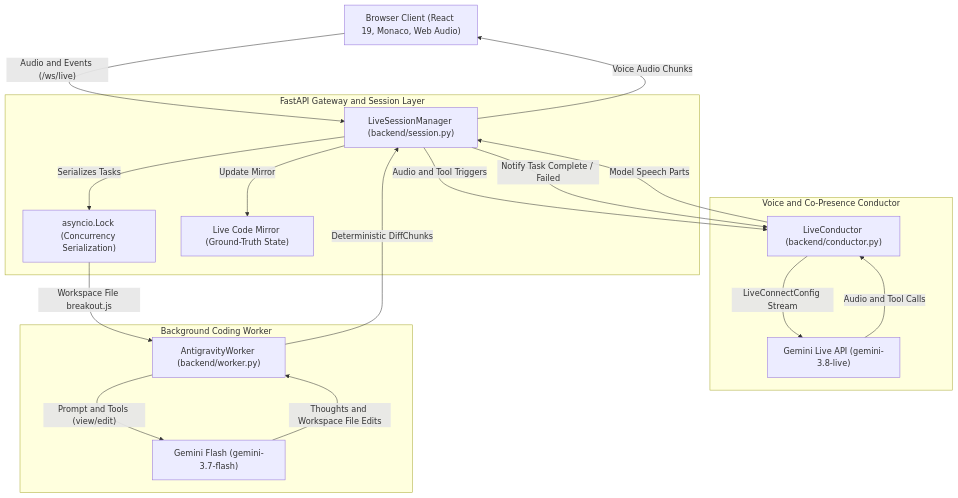
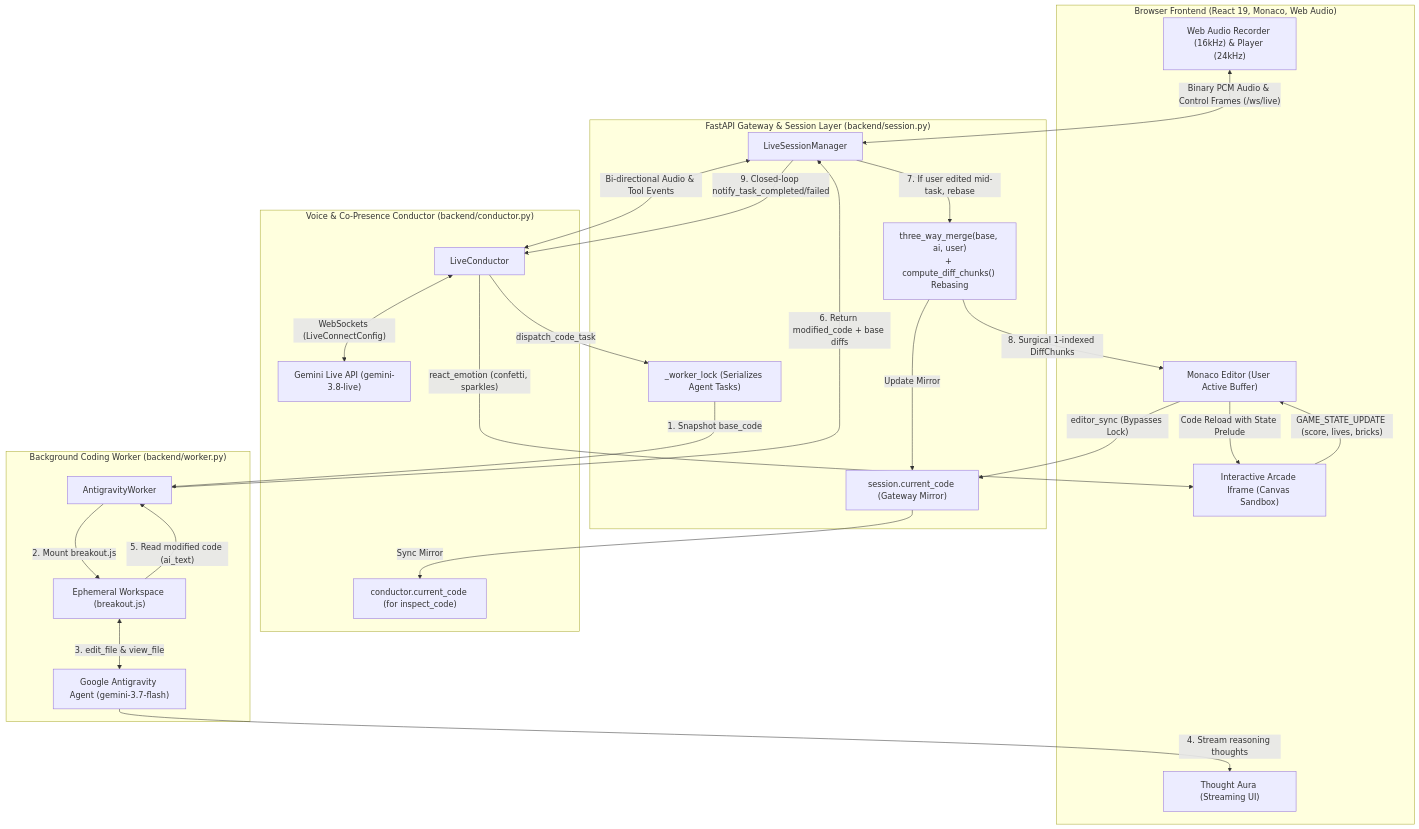
Before and after one commit to AndrewMason7/gemini-player-2: the diagram in README.md, drawn with Mermaid. The commit also changed other lines of this file and 1 other file, not shown here.

Commit message:
docs(arch): update architecture diagrams and protocol specifications to match implementation
- Update README.md Mermaid and ASCII diagrams to explicitly include the 3-way merge rebasing interchange, Thought Aura UI streaming, and the interactive arcade canvas iframe.
- Document the Four Code Buffers in the ecosystem (Monaco active buffer, session.current_code, conductor.current_code, and ephemeral breakout.js).
- Correct StatusEvent state literals in BACKEND.md table to match backend/models.py (disconnected | connecting | reconnecting | idle | listening | speaking | coding).
- Update test description in BACKEND.md from AST diff to difflib SequenceMatcher and headless JS runtime execution.
- Clarify client-side user_interrupt vs server-side VAD barge-in mechanics.

````diff
--- a/README.md
+++ b/README.md
@@ -23,35 +23,55 @@
 ```mermaid
 flowchart TD
-    Client["Browser Client (React 19, Monaco, Web Audio)"]
-
-    subgraph Gateway ["FastAPI Gateway and Session Layer"]
-        Session["LiveSessionManager (backend/session.py)"]
-        WorkerLock["asyncio.Lock (Concurrency Serialization)"]
-        CodeMirror["Live Code Mirror (Ground-Truth State)"]
+    subgraph Frontend ["Browser Frontend (React 19, Monaco, Web Audio)"]
+        Monaco["Monaco Editor (User Active Buffer)"]
+        Arcade["Interactive Arcade Iframe (Canvas Sandbox)"]
+        ThoughtAura["Thought Aura (Streaming UI)"]
+        AudioIO["Web Audio Recorder (16kHz) & Player (24kHz)"]
     end
 
-    subgraph ConductorEngine ["Voice and Co-Presence Conductor"]
-        Conductor["LiveConductor (backend/conductor.py)"]
+    subgraph Gateway ["FastAPI Gateway & Session Layer (backend/session.py)"]
+        Session["LiveSessionManager"]
+        WorkerLock["_worker_lock (Serializes Agent Tasks)"]
+        ThreeWayMerge["three_way_merge(base, ai, user)\n+ compute_diff_chunks() Rebasing"]
+        SessionCode["session.current_code (Gateway Mirror)"]
+    end
+
+    subgraph ConductorEngine ["Voice & Co-Presence Conductor (backend/conductor.py)"]
+        Conductor["LiveConductor"]
+        ConductorMirror["conductor.current_code (for inspect_code)"]
         GeminiLive["Gemini Live API (gemini-3.8-live)"]
     end
 
-    subgraph CodingEngine ["Background Coding Worker"]
-        Worker["AntigravityWorker (backend/worker.py)"]
-        FlashModel["Gemini Flash (gemini-3.7-flash)"]
+    subgraph CodingEngine ["Background Coding Worker (backend/worker.py)"]
+        Worker["AntigravityWorker"]
+        Workspace["Ephemeral Workspace (breakout.js)"]
+        FlashModel["Google Antigravity Agent (gemini-3.7-flash)"]
     end
 
-    Client -->|"Audio and Events (/ws/live)"| Session
-    Session -->|"Voice Audio Chunks"| Client
-    Session -->|"Audio and Tool Triggers"| Conductor
-    Conductor -->|"Model Speech Parts"| Session
-    Conductor -->|"LiveConnectConfig Stream"| GeminiLive
-    GeminiLive -->|"Audio and Tool Calls"| Conductor
+    %% User Audio & Interaction Flow
+    AudioIO <-->|"Binary PCM Audio & Control Frames (/ws/live)"| Session
+    Monaco -->|"editor_sync (Bypasses Lock)"| SessionCode
+    SessionCode -->|"Sync Mirror"| ConductorMirror
 
-    Session -->|"Serializes Tasks"| WorkerLock
-    WorkerLock -->|"Workspace File breakout.js"| Worker
-    Worker -->|"Prompt and Tools (view/edit)"| FlashModel
-    FlashModel -->|"Thoughts and Workspace File Edits"| Worker
-    Worker -->|"Deterministic DiffChunks"| Session
-    Session -->|"Update Mirror"| CodeMirror
-    Session -->|"Notify Task Complete / Failed"| Conductor
+    %% Conductor & Live Voice Flow
+    Session <-->|"Bi-directional Audio & Tool Events"| Conductor
+    Conductor <-->|"WebSockets (LiveConnectConfig)"| GeminiLive
+
+    %% Worker Execution & Concurrency Rebase Flow
+    Conductor -->|"dispatch_code_task"| WorkerLock
+    WorkerLock -->|"1. Snapshot base_code"| Worker
+    Worker -->|"2. Mount breakout.js"| Workspace
+    Workspace <-->|"3. edit_file & view_file"| FlashModel
+    FlashModel -->|"4. Stream reasoning thoughts"| ThoughtAura
+    Workspace -->|"5. Read modified code (ai_text)"| Worker
+    Worker -->|"6. Return modified_code + base diffs"| Session
+    Session -->|"7. If user edited mid-task, rebase"| ThreeWayMerge
+    ThreeWayMerge -->|"8. Surgical 1-indexed DiffChunks"| Monaco
+    ThreeWayMerge -->|"Update Mirror"| SessionCode
+    Session -->|"9. Closed-loop notify_task_completed/failed"| Conductor
+
+    %% Game Loop & State Restoration
+    Monaco -->|"Code Reload with State Prelude"| Arcade
+    Arcade -->|"GAME_STATE_UPDATE (score, lives, bricks)"| Monaco
+    Conductor -->|"react_emotion (confetti, sparkles)"| Arcade
 ```
````
